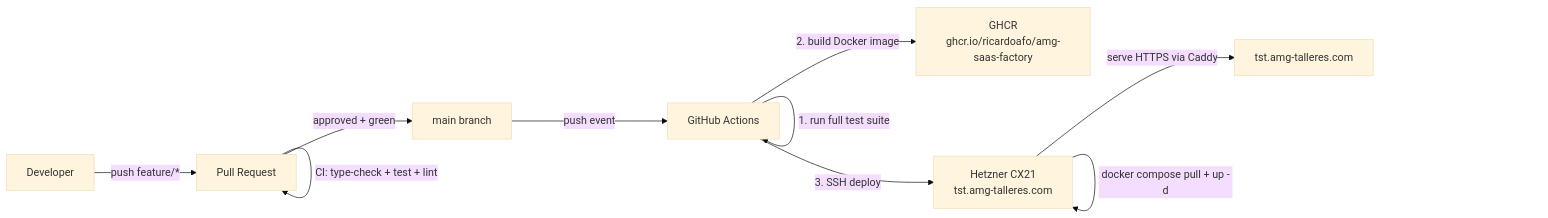
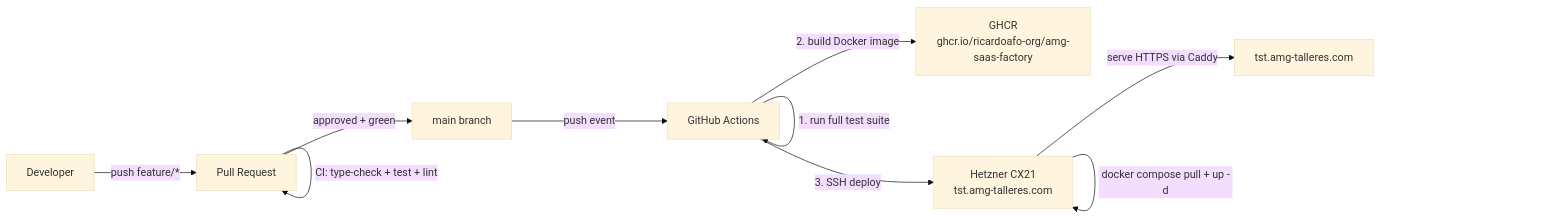
The first of 2 diagrams in docs/specs/FEAT-024-ci-cd-tst-pipeline.md (ricardoafo-org/amg-saas-factory), drawn with Mermaid (base theme) before and after one commit. The commit also changed 3 other files, not shown here.

First line of the commit message:
chore(infra): retarget GHCR to ricardoafo-org

````diff
--- a/docs/specs/FEAT-024-ci-cd-tst-pipeline.md
+++ b/docs/specs/FEAT-024-ci-cd-tst-pipeline.md
@@ -9,19 +9,19 @@
 ```mermaid
 flowchart LR
     DEV[Developer]
     PR[Pull Request]
     MAIN[main branch]
     GHA[GitHub Actions]
-    GHCR[GHCR<br/>ghcr.io/ricardoafo/amg-saas-factory]
+    GHCR[GHCR<br/>ghcr.io/ricardoafo-org/amg-saas-factory]
     VPS[Hetzner CX21<br/>tst.amg-talleres.com]
 
     DEV -- push feature/* --> PR
     PR -- CI: type-check + test + lint --> PR
     PR -- approved + green --> MAIN
     MAIN -- push event --> GHA
     GHA -- 1. run full test suite --> GHA
     GHA -- 2. build Docker image --> GHCR
     GHA -- 3. SSH deploy --> VPS
     VPS -- docker compose pull + up -d --> VPS
     VPS -- serve HTTPS via Caddy --> PUBLIC[tst.amg-talleres.com]
 ```
````
